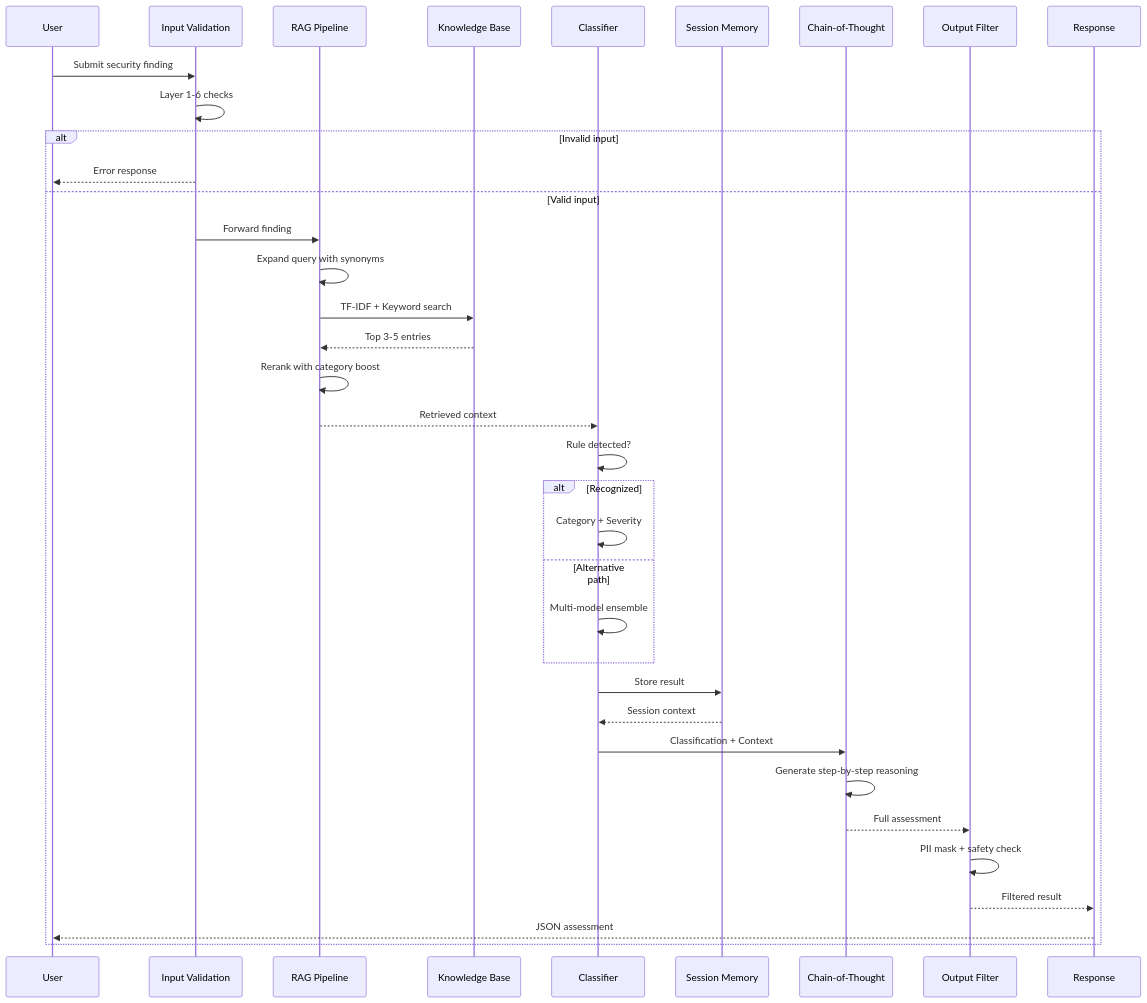
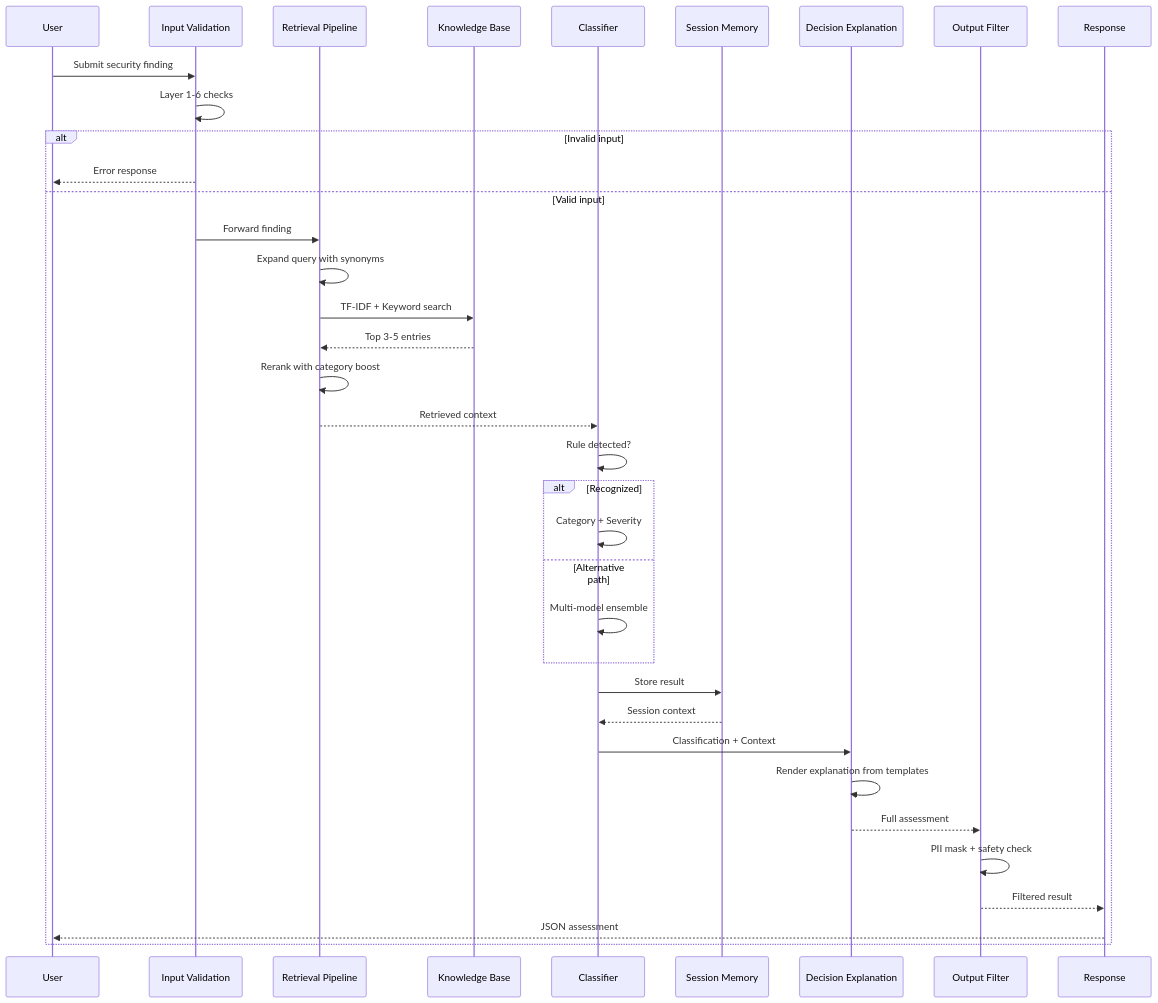
One commit to tukue/devsecops-platform-agent changed the seventh of 10 diagrams in README.md. Above: the diagram before and after it, drawn with Mermaid. The commit also changed other lines of this file and 4 other files, not shown here.

````diff
--- a/README.md
+++ b/README.md
@@ -441,43 +446,43 @@
 ```mermaid
 sequenceDiagram
     participant User
     participant Validation as Input Validation
-    participant RAG as RAG Pipeline
+    participant RAG as Retrieval Pipeline
     participant KB as Knowledge Base
     participant Classify as Classifier
     participant Memory as Session Memory
-    participant CoT as Chain-of-Thought
+    participant CoT as Decision Explanation
     participant Filter as Output Filter
     participant Response as Response
 
     User->>Validation: Submit security finding
     Validation->>Validation: Layer 1-6 checks
     alt Invalid input
         Validation-->>User: Error response
     else Valid input
         Validation->>RAG: Forward finding
         RAG->>RAG: Expand query with synonyms
         RAG->>KB: TF-IDF + Keyword search
         KB-->>RAG: Top 3-5 entries
         RAG->>RAG: Rerank with category boost
         RAG-->>Classify: Retrieved context
 
         Classify->>Classify: Rule detected?
         alt Recognized
             Classify->>Classify: Category + Severity
         else Alternative path
             Classify->>Classify: Multi-model ensemble
         end
 
         Classify->>Memory: Store result
         Memory-->>Classify: Session context
 
         Classify->>CoT: Classification + Context
-        CoT->>CoT: Generate step-by-step reasoning
+        CoT->>CoT: Render explanation from templates
         CoT-->>Filter: Full assessment
 
         Filter->>Filter: PII mask + safety check
         Filter-->>Response: Filtered result
         Response-->>User: JSON assessment
     end
 ```
````
